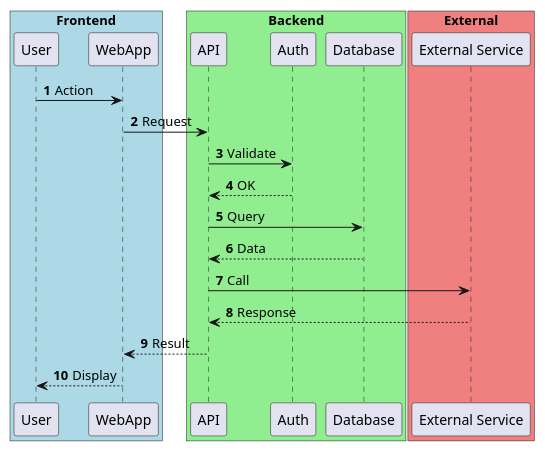
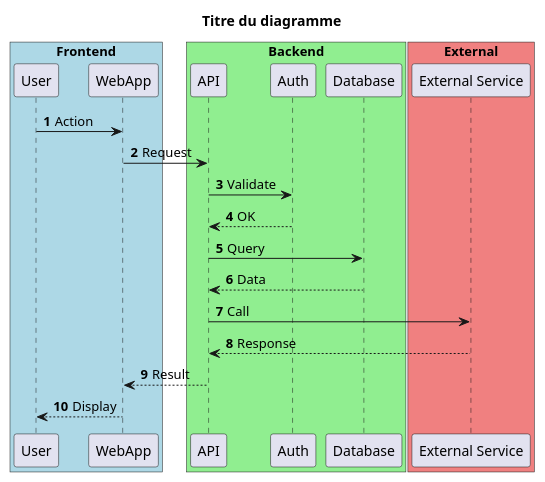
Before and after one commit to kepochan/plant-editor: the first of 4 diagrams in .claude/commands/plantuml.md, drawn with PlantUML. The commit also changed other lines of this file, not shown here.

First line of the commit message:
fix: clarify URL and make title mandatory in plantuml command

````diff
--- a/.claude/commands/plantuml.md
+++ b/.claude/commands/plantuml.md
@@ -48,32 +50,33 @@
 ```plantuml
 @startuml
+title Titre du diagramme
 autonumber
 
 box "Frontend" #LightBlue
   participant usr as "User"
   participant web as "WebApp"
 end box
 
 box "Backend" #LightGreen
   participant api as "API"
   participant auth as "Auth"
   participant db as "Database"
 end box
 
 box "External" #LightCoral
   participant ext as "External Service"
 end box
 
 usr -> web: Action
 web -> api: Request
 api -> auth: Validate
 auth --> api: OK
 api -> db: Query
 db --> api: Data
 api -> ext: Call
 ext --> api: Response
 api --> web: Result
 web --> usr: Display
 
 @enduml
 ```
````
